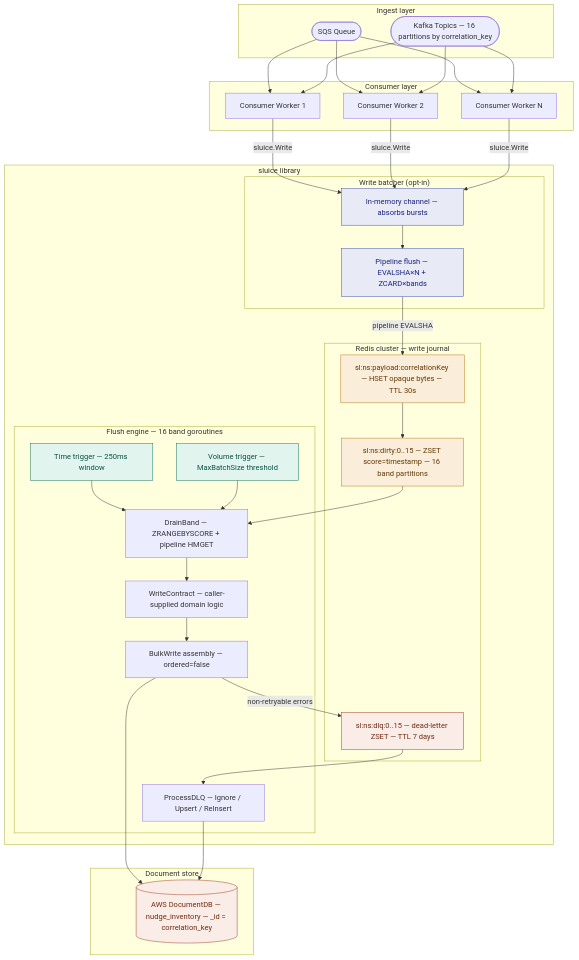
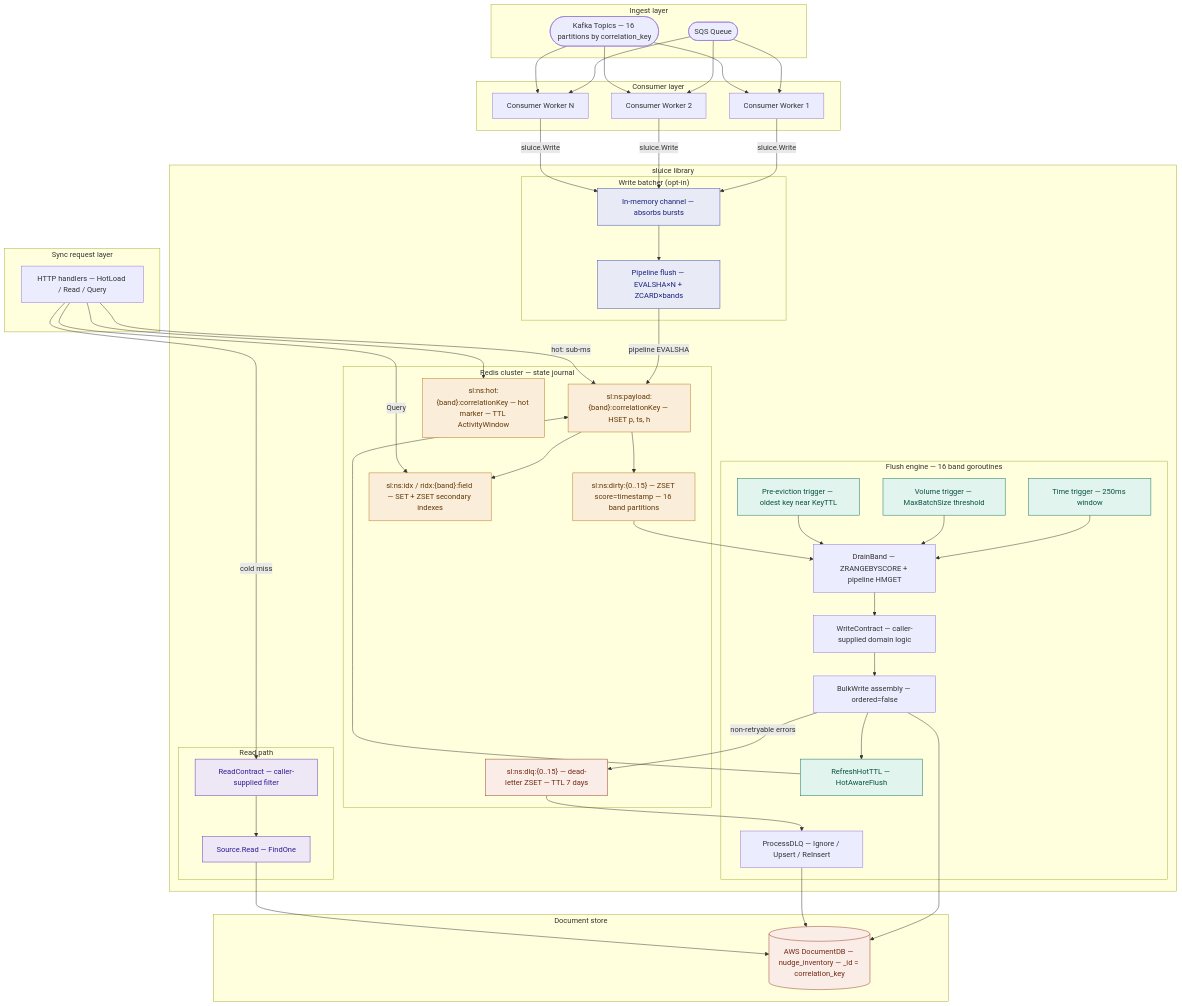
Before and after one commit to hussainpithawala/sluice-go: the tenth of 12 diagrams in README.md, drawn with Mermaid. The commit also changed other lines of this file, not shown here.

First line of the commit message:
Add Hot/Cold regime with Redis-backed journaling, advanced deduplication, and compound indexing

````diff
--- a/README.md
+++ b/README.md
@@ -259,11 +473,17 @@
         CWN[Consumer Worker N]
     end
 
+    subgraph App ["Sync request layer"]
+        HTTP["HTTP handlers — HotLoad / Read / Query"]
+    end
+
     subgraph Library ["sluice library"]
-        subgraph Journal ["Redis cluster — write journal"]
-            PH["sl:ns:payload:correlationKey — HSET opaque bytes — TTL 30s"]
-            DS["sl:ns:dirty:0..15 — ZSET score=timestamp — 16 band partitions"]
-            DLQ["sl:ns:dlq:0..15 — dead-letter ZSET — TTL 7 days"]
+        subgraph Journal ["Redis cluster — state journal"]
+            PH["sl:ns:payload:{band}:correlationKey — HSET p, ts, h"]
+            DS["sl:ns:dirty:{0..15} — ZSET score=timestamp — 16 band partitions"]
+            HM["sl:ns:hot:{band}:correlationKey — hot marker — TTL ActivityWindow"]
+            IX["sl:ns:idx / ridx:{band}:field — SET + ZSET secondary indexes"]
+            DLQ["sl:ns:dlq:{0..15} — dead-letter ZSET — TTL 7 days"]
         end
         subgraph Batcher ["Write batcher (opt-in)"]
             BC["In-memory channel — absorbs bursts"]
@@ -272,10 +492,16 @@
         subgraph Engine ["Flush engine — 16 band goroutines"]
             TT["Time trigger — 250ms window"]
             VT["Volume trigger — MaxBatchSize threshold"]
+            PE["Pre-eviction trigger — oldest key near KeyTTL"]
             DR["DrainBand — ZRANGEBYSCORE + pipeline HMGET"]
             WC["WriteContract — caller-supplied domain logic"]
             BW["BulkWrite assembly — ordered=false"]
+            RT["RefreshHotTTL — HotAwareFlush"]
             DLP["ProcessDLQ — Ignore / Upsert / ReInsert"]
+        end
+        subgraph ReadPath ["Read path"]
+            RC["ReadContract — caller-supplied filter"]
+            SRC["Source.Read — FindOne"]
         end
     end
 
@@ -295,22 +521,38 @@
     BC --> BP
     BP -->|"pipeline EVALSHA"| PH
     PH --> DS
+    PH --> IX
     TT --> DR
     VT --> DR
+    PE --> DR
     DS --> DR
     DR --> WC
     WC --> BW
     BW -->|"non-retryable errors"| DLQ
     BW --> DB
+    BW --> RT
+    RT --> PH
     DLQ --> DLP
     DLP --> DB
+    HTTP -->|"hot: sub-ms"| PH
+    HTTP --> HM
+    HTTP -->|"Query"| IX
+    HTTP -->|"cold miss"| RC
+    RC --> SRC
+    SRC --> DB
 
     style PH fill:#FAEEDA,stroke:#BA7517,color:#633806
     style DS fill:#FAEEDA,stroke:#BA7517,color:#633806
+    style HM fill:#FAEEDA,stroke:#BA7517,color:#633806
+    style IX fill:#FAEEDA,stroke:#BA7517,color:#633806
     style DLQ fill:#FAECE7,stroke:#993C1D,color:#712B13
     style DB fill:#FAECE7,stroke:#993C1D,color:#712B13
     style TT fill:#E1F5EE,stroke:#0F6E56,color:#085041
     style VT fill:#E1F5EE,stroke:#0F6E56,color:#085041
+    style PE fill:#E1F5EE,stroke:#0F6E56,color:#085041
+    style RT fill:#E1F5EE,stroke:#0F6E56,color:#085041
     style BC fill:#E8EAF6,stroke:#3949AB,color:#1A237E
     style BP fill:#E8EAF6,stroke:#3949AB,color:#1A237E
+    style RC fill:#EDE7F6,stroke:#5E35B1,color:#311B92
+    style SRC fill:#EDE7F6,stroke:#5E35B1,color:#311B92
 ```
````
